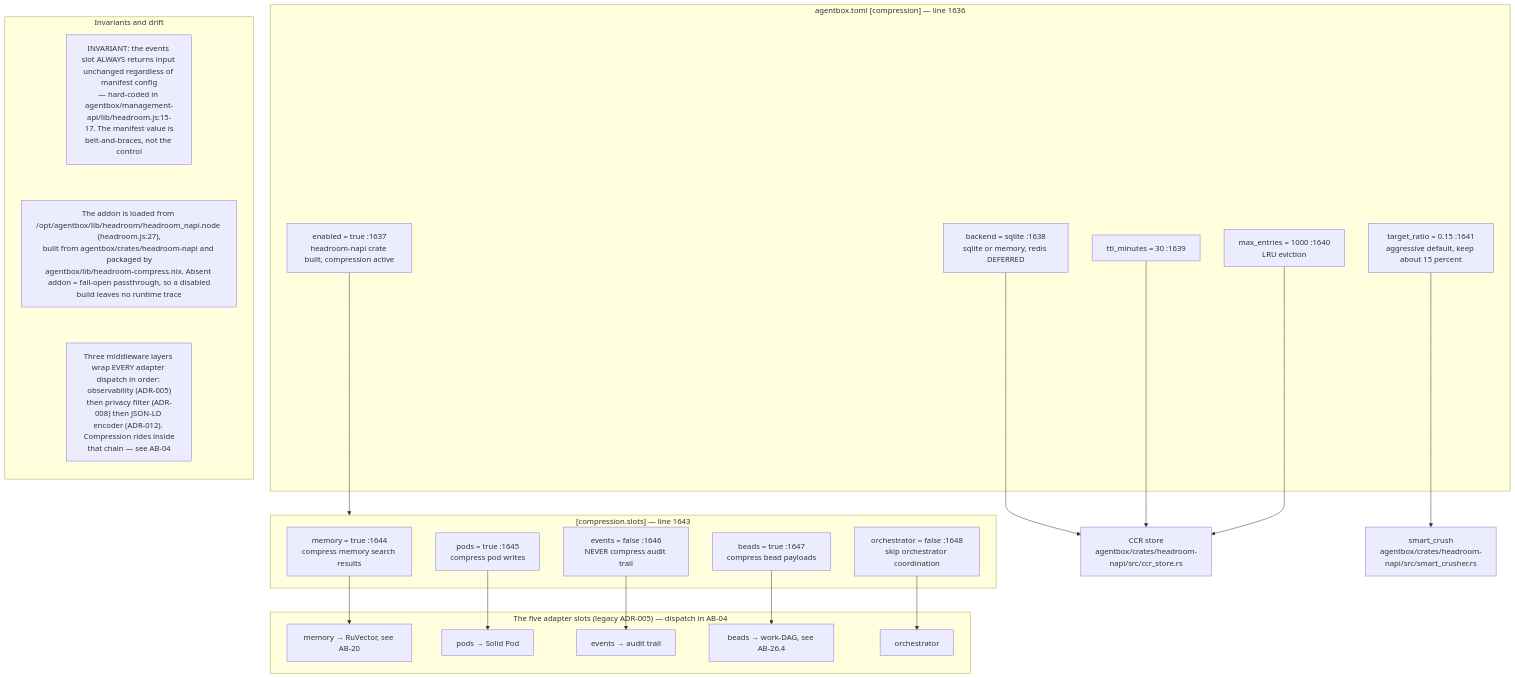
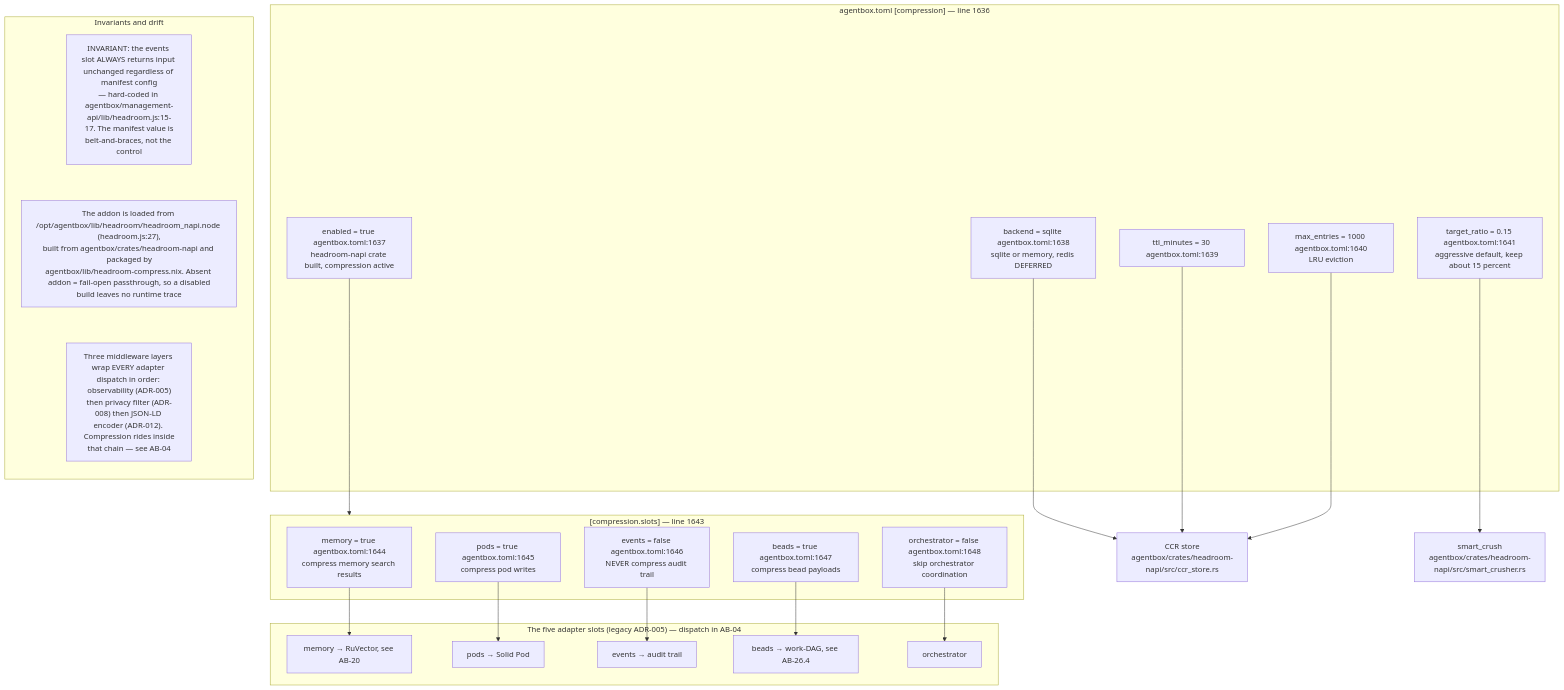
Before and after one commit to DreamLab-AI/VisionFlow: the ninth of 9 diagrams in docs/diagrams/agentbox/26-headroom-beads-spawn-brain.md, drawn with Mermaid. The commit also changed other lines of this file and 52 other files, not shown here.

First line of the commit message:
docs(diagrams): wave 3 checkpoint — bare line refs resolved, revision-pinned cite-check, VC-05/AB-01..13 re-attested

````diff
--- a/docs/diagrams/agentbox/26-headroom-beads-spawn-brain.md
+++ b/docs/diagrams/agentbox/26-headroom-beads-spawn-brain.md
@@ -355,41 +355,41 @@
 ```mermaid
 flowchart TB
     subgraph man["agentbox.toml [compression] — line 1636"]
-        E["enabled = true :1637<br/>headroom-napi crate built, compression active"]
-        B["backend = sqlite :1638<br/>sqlite or memory, redis DEFERRED"]
-        T["ttl_minutes = 30 :1639"]
-        M["max_entries = 1000 :1640<br/>LRU eviction"]
-        R["target_ratio = 0.15 :1641<br/>aggressive default, keep about 15 percent"]
+        E["enabled = true agentbox.toml:1637<br/>headroom-napi crate built, compression active"]
+        B["backend = sqlite agentbox.toml:1638<br/>sqlite or memory, redis DEFERRED"]
+        T["ttl_minutes = 30 agentbox.toml:1639"]
+        M["max_entries = 1000 agentbox.toml:1640<br/>LRU eviction"]
+        R["target_ratio = 0.15 agentbox.toml:1641<br/>aggressive default, keep about 15 percent"]
     end
     subgraph slots["[compression.slots] — line 1643"]
-        S1["memory = true :1644<br/>compress memory search results"]
-        S2["pods = true :1645<br/>compress pod writes"]
-        S3["events = false :1646<br/>NEVER compress audit trail"]
-        S4["beads = true :1647<br/>compress bead payloads"]
-        S5["orchestrator = false :1648<br/>skip orchestrator coordination"]
+        S1["memory = true agentbox.toml:1644<br/>compress memory search results"]
+        S2["pods = true agentbox.toml:1645<br/>compress pod writes"]
+        S3["events = false agentbox.toml:1646<br/>NEVER compress audit trail"]
+        S4["beads = true agentbox.toml:1647<br/>compress bead payloads"]
+        S5["orchestrator = false agentbox.toml:1648<br/>skip orchestrator coordination"]
     end
     subgraph adapters["The five adapter slots (legacy ADR-005) — dispatch in AB-04"]
         A1["memory → RuVector, see AB-20"]
         A2["pods → Solid Pod"]
         A3["events → audit trail"]
         A4["beads → work-DAG, see AB-26.4"]
         A5["orchestrator"]
     end
     E --> slots
     S1 --> A1
     S2 --> A2
     S3 --> A3
     S4 --> A4
     S5 --> A5
     B --> CCR["CCR store<br/>agentbox/crates/headroom-napi/src/ccr_store.rs"]
     T --> CCR
     M --> CCR
     R --> SC["smart_crush<br/>agentbox/crates/headroom-napi/src/smart_crusher.rs"]
     subgraph notes["Invariants and drift"]
         direction TB
         N1["INVARIANT: the events slot ALWAYS returns input unchanged regardless of manifest config<br/>— hard-coded in agentbox/management-api/lib/headroom.js:15-17. The manifest value is<br/>belt-and-braces, not the control"]
         N2["The addon is loaded from /opt/agentbox/lib/headroom/headroom_napi.node (headroom.js:27),<br/>built from agentbox/crates/headroom-napi and packaged by<br/>agentbox/lib/headroom-compress.nix. Absent addon = fail-open passthrough, so a disabled<br/>build leaves no runtime trace"]
         N3["Three middleware layers wrap EVERY adapter dispatch in order: observability (ADR-005)<br/>then privacy filter (ADR-008) then JSON-LD encoder (ADR-012). Compression rides inside<br/>that chain — see AB-04"]
         N1 ~~~ N2 ~~~ N3
     end
 ```
````
